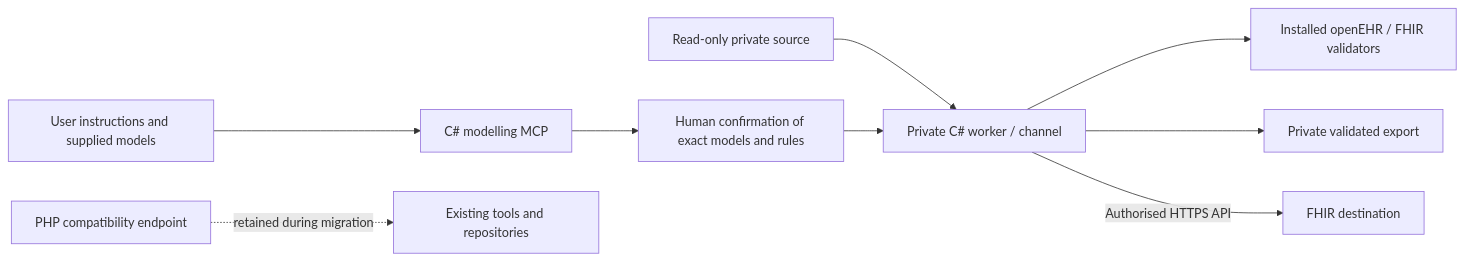
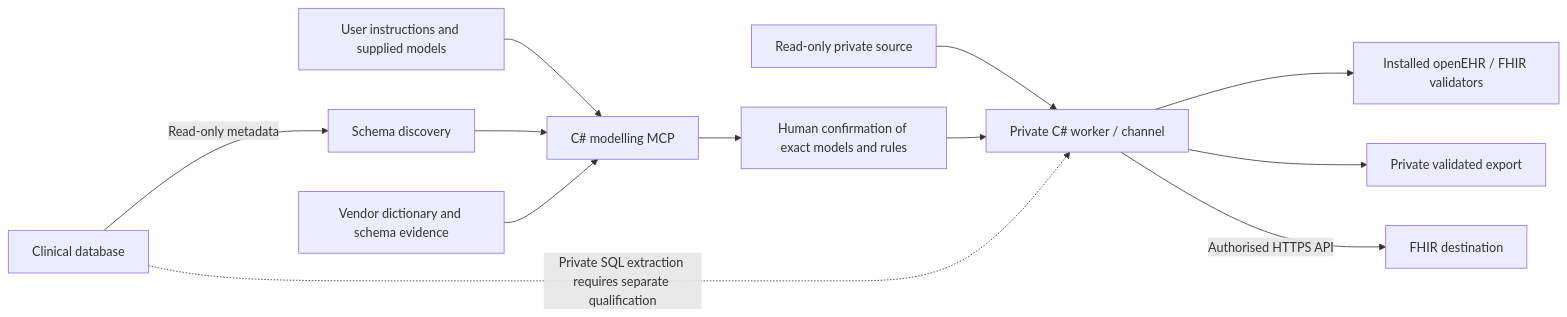
One commit to CzarMich/openehr_FHIR_Modeller changed the diagram in README.md. Above: the diagram before and after it, drawn with Mermaid. The commit also changed other lines of this file and 7 other files, not shown here.

Commit message:
docs: define clinical platform architecture and source qualification

````diff
--- a/README.md
+++ b/README.md
@@ -171,11 +177,14 @@
 ```mermaid
 flowchart LR
   User[User instructions and supplied models] --> MCP[C# modelling MCP]
   MCP --> Review[Human confirmation of exact models and rules]
   Source[Read-only private source] --> Runtime[Private C# worker / channel]
   Review --> Runtime
   Runtime --> Validators[Installed openEHR / FHIR validators]
   Runtime --> Export[Private validated export]
   Runtime -->|Authorised HTTPS API| Destination[FHIR destination]
-  Legacy[PHP compatibility endpoint] -. retained during migration .-> Existing[Existing tools and repositories]
+  Database[Clinical database] -->|Read-only metadata| Discovery[Schema discovery]
+  Discovery --> MCP
+  Dictionary[Vendor dictionary and schema evidence] --> MCP
+  Database -. Private SQL extraction requires separate qualification .-> Runtime
 ```
````
